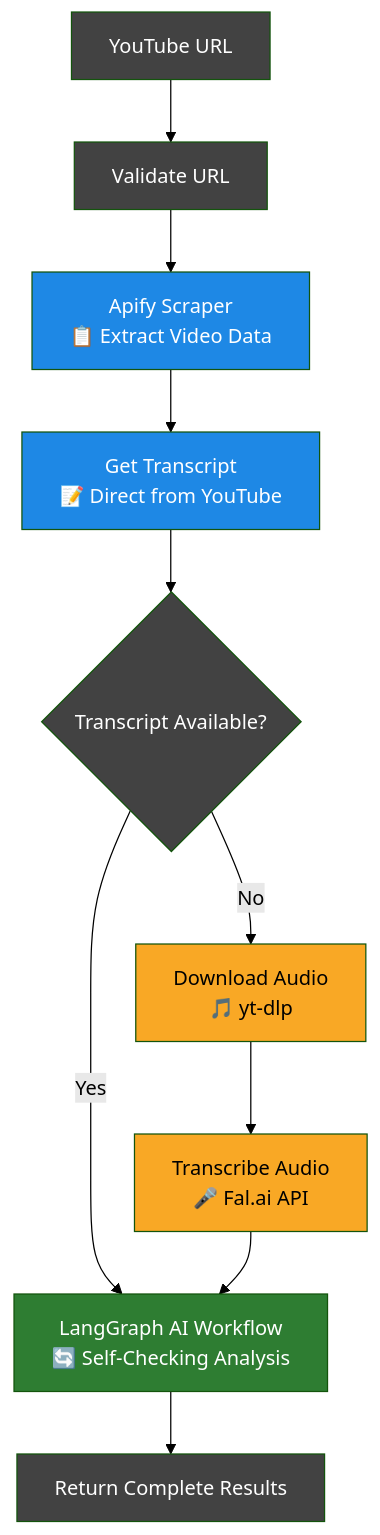
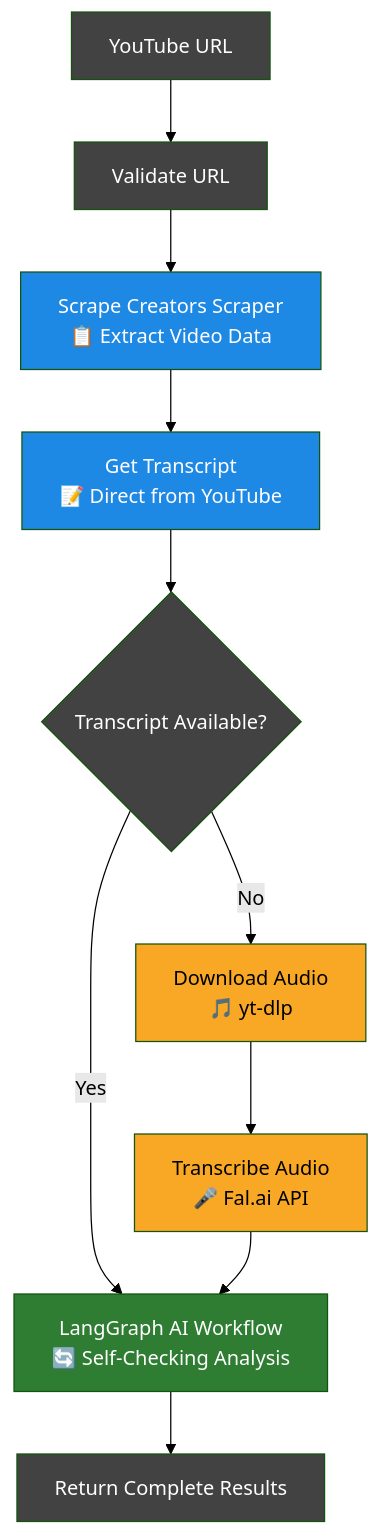
The first of 2 diagrams in README.md (teron131/youtube-summarizer), drawn with Mermaid (forest theme) before and after one commit. The commit also changed other lines of this file and 4 other files, not shown here.

Commit message:
Switch API to Scrape Creators

````diff
--- a/README.md
+++ b/README.md
@@ -30,22 +30,22 @@
 ```mermaid
 graph TD
     A[YouTube URL] --> B[Validate URL]
-    B --> C[Apify Scraper<br/>📋 Extract Video Data]
+    B --> C[Scrape Creators Scraper<br/>📋 Extract Video Data]
     C --> D[Get Transcript<br/>📝 Direct from YouTube]
     D --> E{Transcript Available?}
     E -->|Yes| F[LangGraph AI Workflow<br/>🔄 Self-Checking Analysis]
     E -->|No| G[Download Audio<br/>🎵 yt-dlp]
     G --> H[Transcribe Audio<br/>🎤 Fal.ai API]
     H --> F
     F --> I[Return Complete Results]
     
     style A fill:#424242,color:#fff
     style B fill:#424242,color:#fff
     style C fill:#1E88E5,color:#fff
     style D fill:#1E88E5,color:#fff
     style E fill:#424242,color:#fff
     style G fill:#F9A825,color:#000
     style H fill:#F9A825,color:#000
     style F fill:#2E7D32,color:#fff
     style I fill:#424242,color:#fff
 ```
````
